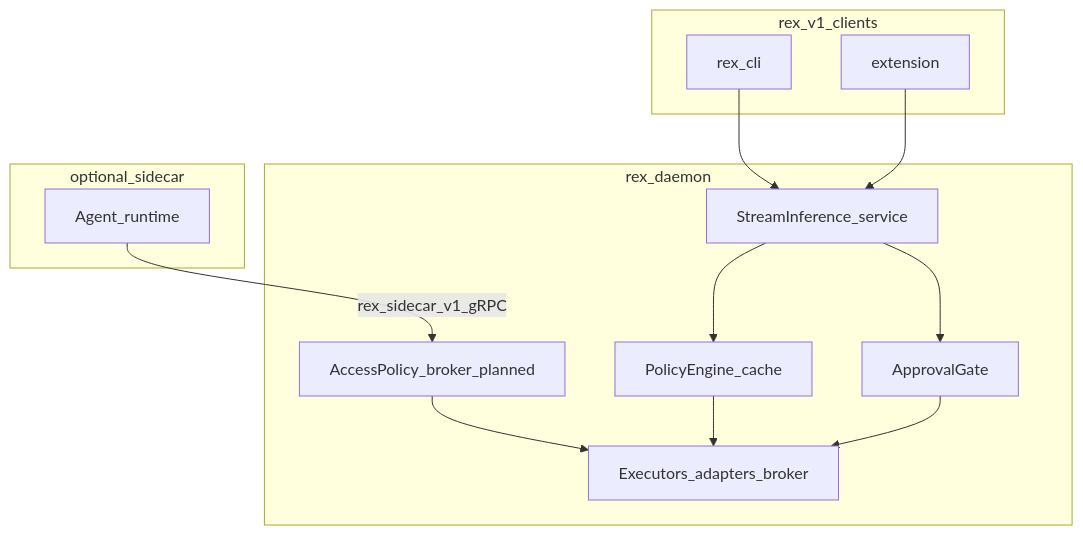
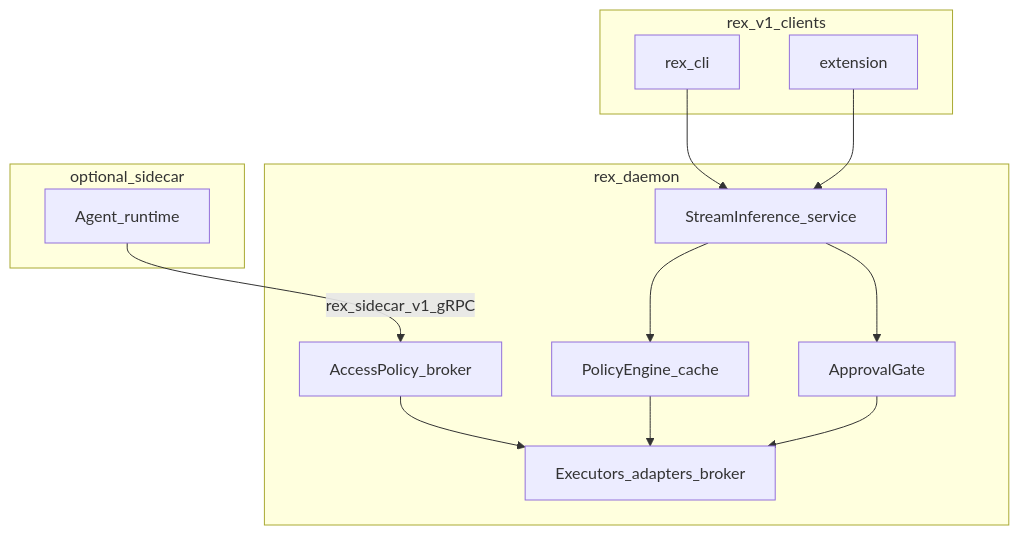
Before and after one commit to thsfranca/rex: the diagram in docs/POLICY_ENGINE.md, drawn with Mermaid. The commit also changed other lines of this file and 11 other files, not shown here.

````diff
--- a/docs/POLICY_ENGINE.md
+++ b/docs/POLICY_ENGINE.md
@@ -18,25 +18,25 @@
 ```mermaid
 flowchart TB
   subgraph clients [rex_v1_clients]
     CLI[rex_cli]
     IDE[extension]
   end
   subgraph daemon [rex_daemon]
     Svc[StreamInference_service]
     PE[PolicyEngine_cache]
     AG[ApprovalGate]
-    AP[AccessPolicy_broker_planned]
+    AP[AccessPolicy_broker]
     Ex[Executors_adapters_broker]
   end
   subgraph sidecar [optional_sidecar]
     AR[Agent_runtime]
   end
   CLI --> Svc
   IDE --> Svc
   Svc --> AG
   Svc --> PE
   AR -->|rex_sidecar_v1_gRPC| AP
   AP --> Ex
   PE --> Ex
   AG --> Ex
 ```
````
